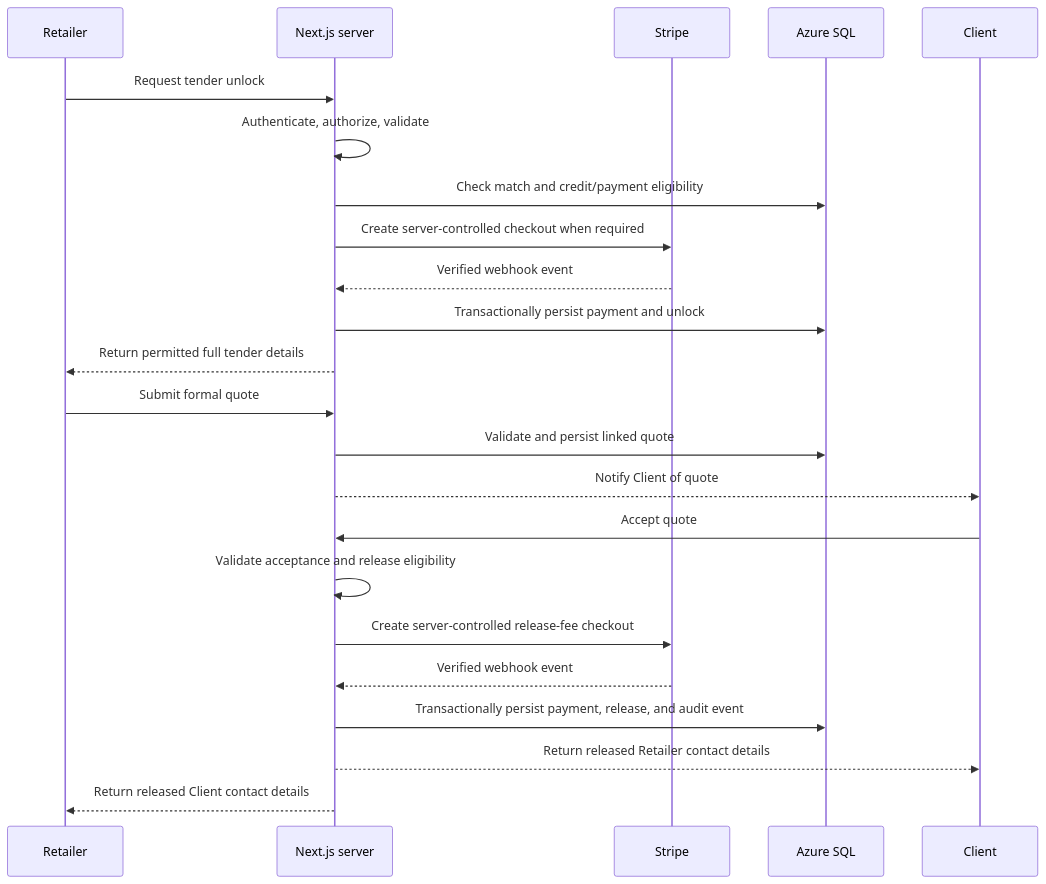
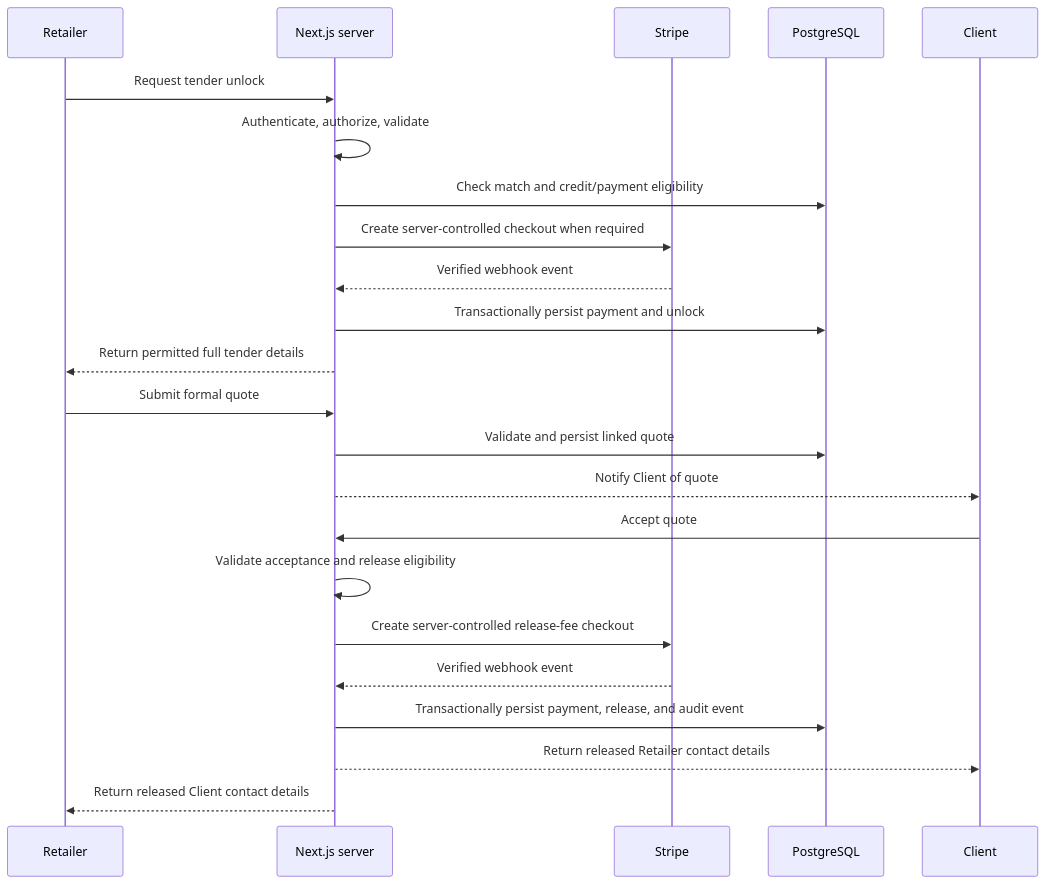
One commit to Jondoe0285/Tender changed the second of 2 diagrams in docs/Architecture.md. Above: the diagram before and after it, drawn with Mermaid. The commit also changed other lines of this file and 83 other files, not shown here.

````diff
--- a/docs/Architecture.md
+++ b/docs/Architecture.md
@@ -183,26 +183,26 @@
 ```mermaid
 sequenceDiagram
     participant R as Retailer
     participant App as Next.js server
     participant S as Stripe
-    participant DB as Azure SQL
+    participant DB as PostgreSQL
     participant C as Client
 
     R->>App: Request tender unlock
     App->>App: Authenticate, authorize, validate
     App->>DB: Check match and credit/payment eligibility
     App->>S: Create server-controlled checkout when required
     S-->>App: Verified webhook event
     App->>DB: Transactionally persist payment and unlock
     App-->>R: Return permitted full tender details
     R->>App: Submit formal quote
     App->>DB: Validate and persist linked quote
     App-->>C: Notify Client of quote
     C->>App: Accept quote
     App->>App: Validate acceptance and release eligibility
     App->>S: Create server-controlled release-fee checkout
     S-->>App: Verified webhook event
     App->>DB: Transactionally persist payment, release, and audit event
     App-->>C: Return released Retailer contact details
     App-->>R: Return released Client contact details
 ```
````
